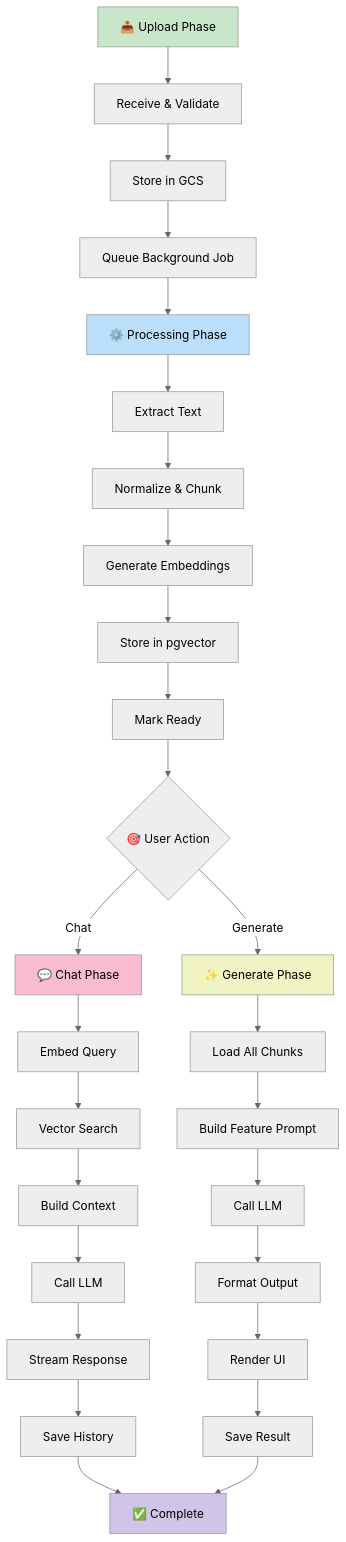
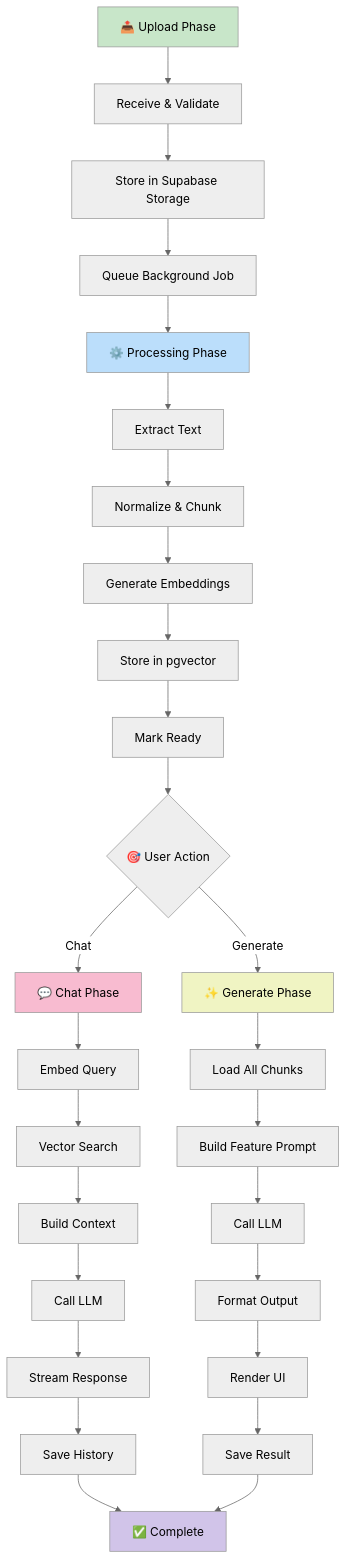
Before and after one commit to IbnuSabilGitHub/MythosNote: the sixth of 6 diagrams in Architecture.md, drawn with Mermaid (neutral theme). The commit also changed other lines of this file and 8 other files, not shown here.

Commit message:
feat(storage): migrasi dari GCS ke Supabase Storage

````diff
--- a/Architecture.md
+++ b/Architecture.md
@@ -553,41 +554,41 @@
 ```mermaid
 graph TD
     A["📤 Upload Phase"] --> A1["Receive & Validate"] 
-    A1 --> A2["Store in GCS"]
+    A1 --> A2["Store in Supabase Storage"]
     A2 --> A3["Queue Background Job"]
     
     A3 --> B["⚙️ Processing Phase"]
     B --> B1["Extract Text"]
     B1 --> B2["Normalize & Chunk"]
     B2 --> B3["Generate Embeddings"]
     B3 --> B4["Store in pgvector"]
     B4 --> B5["Mark Ready"]
     
     B5 --> C{"🎯 User Action"}
     
     C -->|Chat| C1["💬 Chat Phase"]
     C -->|Generate| C2["✨ Generate Phase"]
     
     C1 --> C1a["Embed Query"]
     C1a --> C1b["Vector Search"]
     C1b --> C1c["Build Context"]
     C1c --> C1d["Call LLM"]
     C1d --> C1e["Stream Response"]
     C1e --> C1f["Save History"]
     
     C2 --> C2a["Load All Chunks"]
     C2a --> C2b["Build Feature Prompt"]
     C2b --> C2c["Call LLM"]
     C2c --> C2d["Format Output"]
     C2d --> C2e["Render UI"]
     C2e --> C2f["Save Result"]
     
     C1f --> End["✅ Complete"]
     C2f --> End
     
     style A fill:#c8e6c9
     style B fill:#bbdefb
     style C1 fill:#f8bbd0
     style C2 fill:#f0f4c3
     style End fill:#d1c4e9
 ```
````
